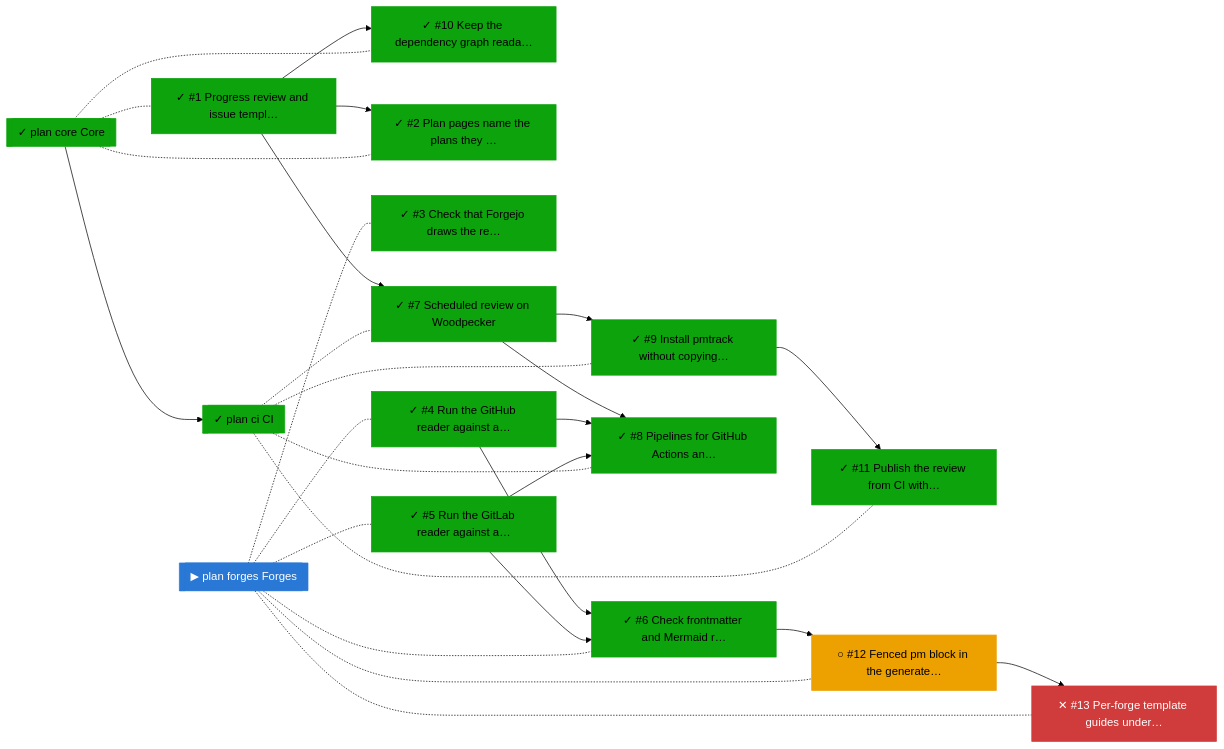
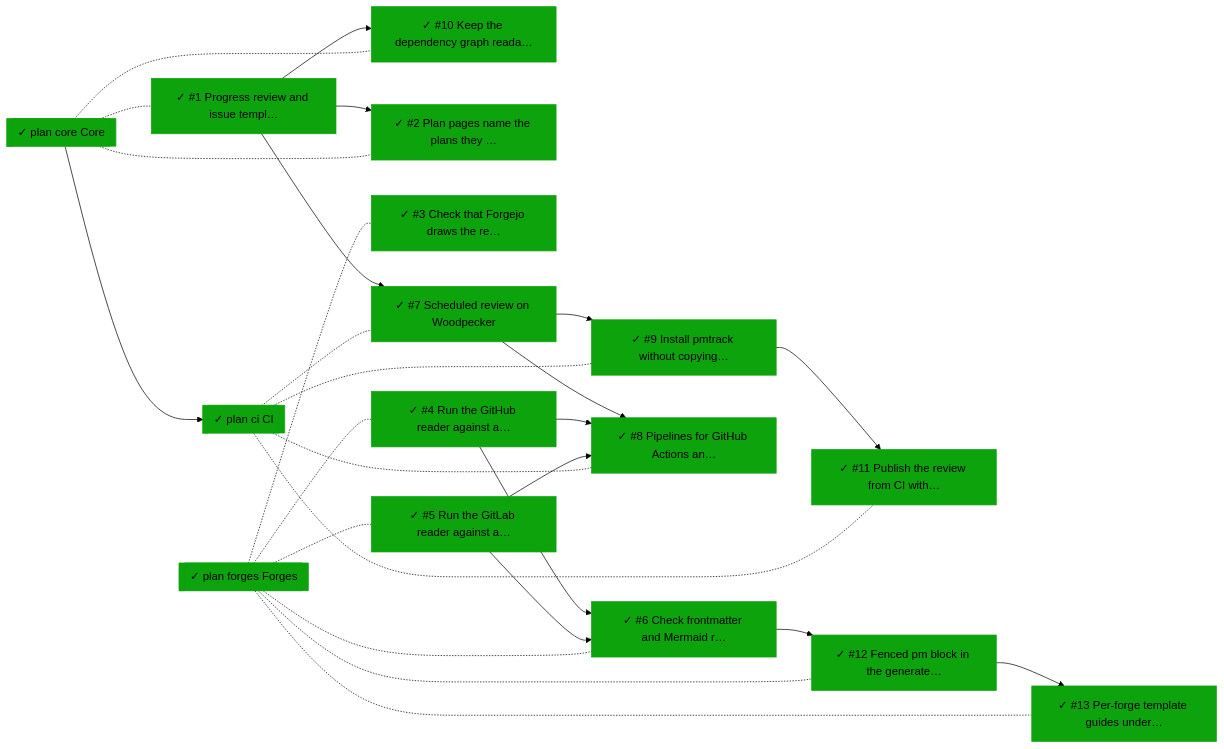
Before and after one commit to bvraghav/pmtrack: the fourth of 5 diagrams in README.md, drawn with Mermaid (forest theme). The commit also changed other lines of this file and 4 other files, not shown here.

````diff
--- a/README.md
+++ b/README.md
@@ -82,51 +77,51 @@
 ```mermaid
 flowchart LR
   n0["✓ #1 Progress review and issue templ…"]:::done
   n1["✓ #10 Keep the dependency graph reada…"]:::done
   n2["✓ #11 Publish the review from CI with…"]:::done
-  n3["○ #12 Fenced pm block in the generate…"]:::ready
-  n4["✕ #13 Per-forge template guides under…"]:::blocked
+  n3["✓ #12 Fenced pm block in the generate…"]:::done
+  n4["✓ #13 Per-forge template guides under…"]:::done
   n5["✓ #2 Plan pages name the plans they …"]:::done
   n6["✓ #3 Check that Forgejo draws the re…"]:::done
   n7["✓ #4 Run the GitHub reader against a…"]:::done
   n8["✓ #5 Run the GitLab reader against a…"]:::done
   n9["✓ #6 Check frontmatter and Mermaid r…"]:::done
   n10["✓ #7 Scheduled review on Woodpecker"]:::done
   n11["✓ #8 Pipelines for GitHub Actions an…"]:::done
   n12["✓ #9 Install pmtrack without copying…"]:::done
   n13[["✓ plan ci CI"]]:::done
   n14[["✓ plan core Core"]]:::done
-  n15[["▶ plan forges Forges"]]:::active
+  n15[["✓ plan forges Forges"]]:::done
   n0 --> n1
   n12 --> n2
   n9 --> n3
   n3 --> n4
   n0 --> n5
   n7 --> n9
   n8 --> n9
   n0 --> n10
   n10 --> n11
   n7 --> n11
   n8 --> n11
   n10 --> n12
   n13 -.- n10
   n13 -.- n11
   n13 -.- n12
   n13 -.- n2
   n14 --> n13
   n14 -.- n0
   n14 -.- n5
   n14 -.- n1
   n15 -.- n6
   n15 -.- n7
   n15 -.- n8
   n15 -.- n9
   n15 -.- n3
   n15 -.- n4
   classDef done fill:#0ca30c,color:#000,stroke:#0ca30c
   classDef active fill:#2a78d6,color:#fff,stroke:#2a78d6
   classDef ready fill:#eda100,color:#000,stroke:#eda100
   classDef blocked fill:#d03b3b,color:#fff,stroke:#d03b3b
   classDef unknown fill:#898781,color:#000,stroke:#898781
   classDef dropped fill:#898781,color:#000,stroke:#898781
 ```
````
